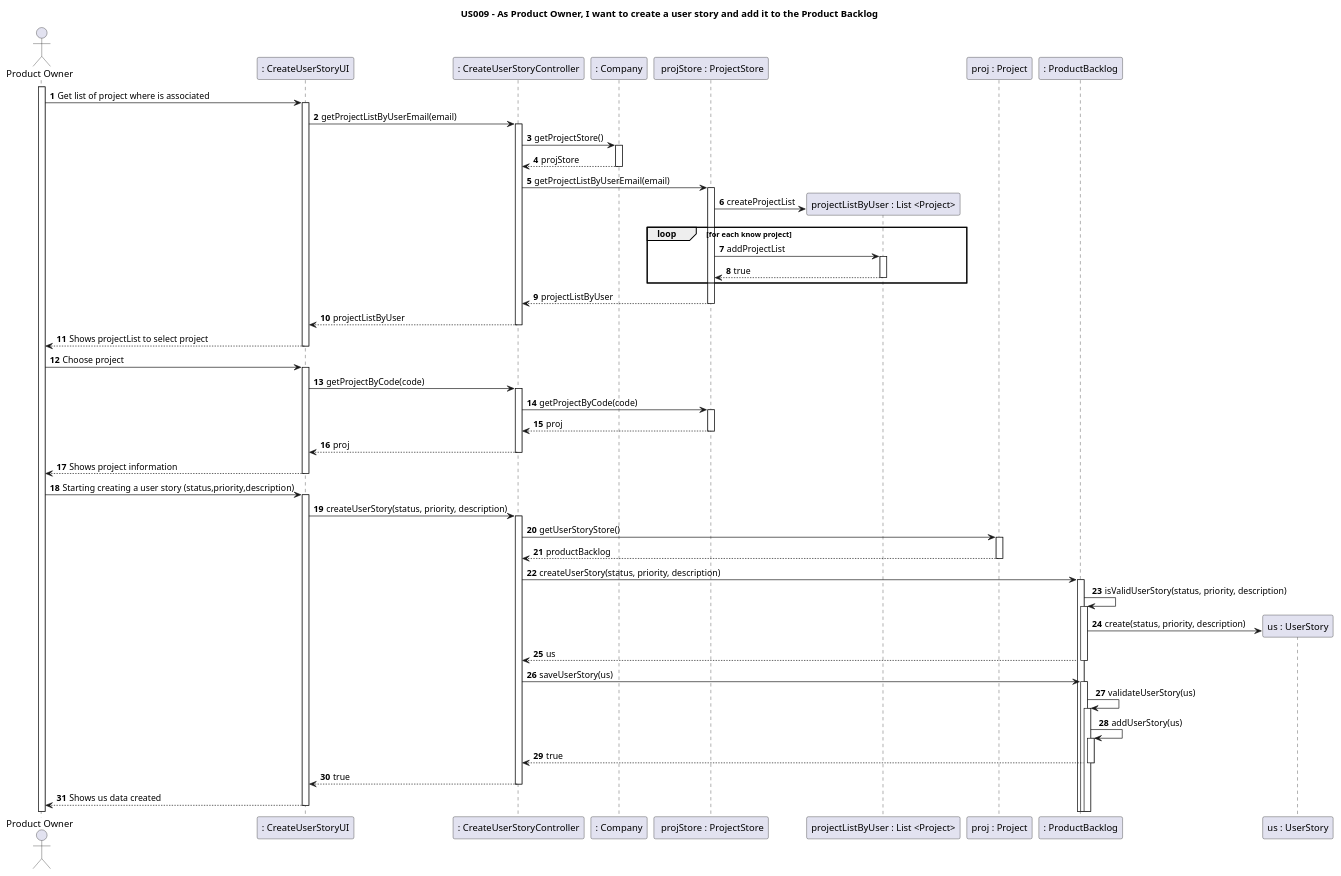
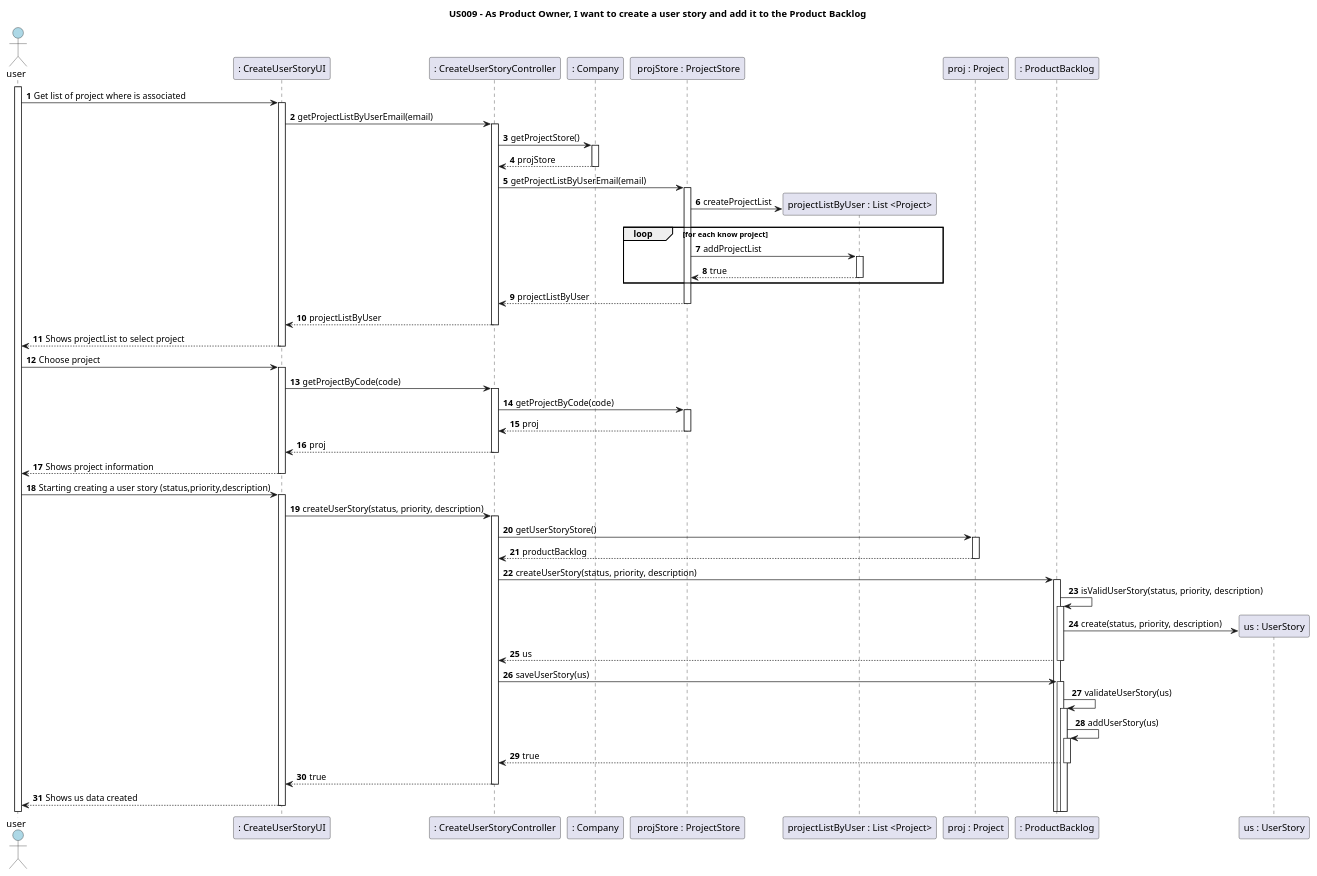
One commit to nunogon1211787/projectManagement changed the diagram in docs/Sprint1/US009/US009-SD_V0_.puml. Above: the diagram before and after it, drawn with PlantUML. The commit also changed 22 other files, not shown here.

```diff
--- a/docs/Sprint1/US009/US009-SD_V0_.puml
+++ b/docs/Sprint1/US009/US009-SD_V0_.puml
@@ -1,60 +1,60 @@
 @startuml
 'https://plantuml.com/sequence-diagram
 
 title US009 - As Product Owner, I want to create a user story and add it to the Product Backlog
 
 autoactivate on
 autonumber
 
-actor "Product Owner" as User
+actor "user" as User #lightblue
 participant ": CreateUserStoryUI" as System
 participant ": CreateUserStoryController" as Ctrl
 participant ": Company" as C1
 participant " projStore : ProjectStore" as C2
 participant "projectListByUser : List <Project>" as C2.1
 participant "proj : Project" as C3
 participant ": ProductBacklog" as C4
 participant "us : UserStory" as C5
 
 activate User
 
 
 User -> System: Get list of project where is associated
 System -> Ctrl: getProjectListByUserEmail(email)
 Ctrl -> C1: getProjectStore()
 C1 --> Ctrl: projStore
 Ctrl -> C2: getProjectListByUserEmail(email)
 C2 -> C2.1 ** : createProjectList
 
  loop for each know project
 C2->C2.1 : addProjectList
 C2.1-->C2 : true
 end
 
 C2 --> Ctrl: projectListByUser
 Ctrl --> System: projectListByUser
 System --> User : Shows projectList to select project
 
 User -> System: Choose project
 System -> Ctrl: getProjectByCode(code)
 Ctrl -> C2 : getProjectByCode(code)
 C2 --> Ctrl : proj
 Ctrl --> System : proj
 System --> User :Shows project information
 
 User -> System: Starting creating a user story (status,priority,description)
 System -> Ctrl: createUserStory(status, priority, description)
 Ctrl-> C3 : getUserStoryStore()
 C3 --> Ctrl : productBacklog
 Ctrl -> C4 : createUserStory(status, priority, description)
 C4->C4 : isValidUserStory(status, priority, description)
 C4 -> C5 ** : create(status, priority, description)
 C4-->Ctrl : us
 Ctrl->C4 : saveUserStory(us)
 C4->C4 : validateUserStory(us)
 C4->C4 : addUserStory(us)
 C4-->Ctrl : true
 Ctrl --> System : true
 System --> User : Shows us data created
 
 @enduml
```
